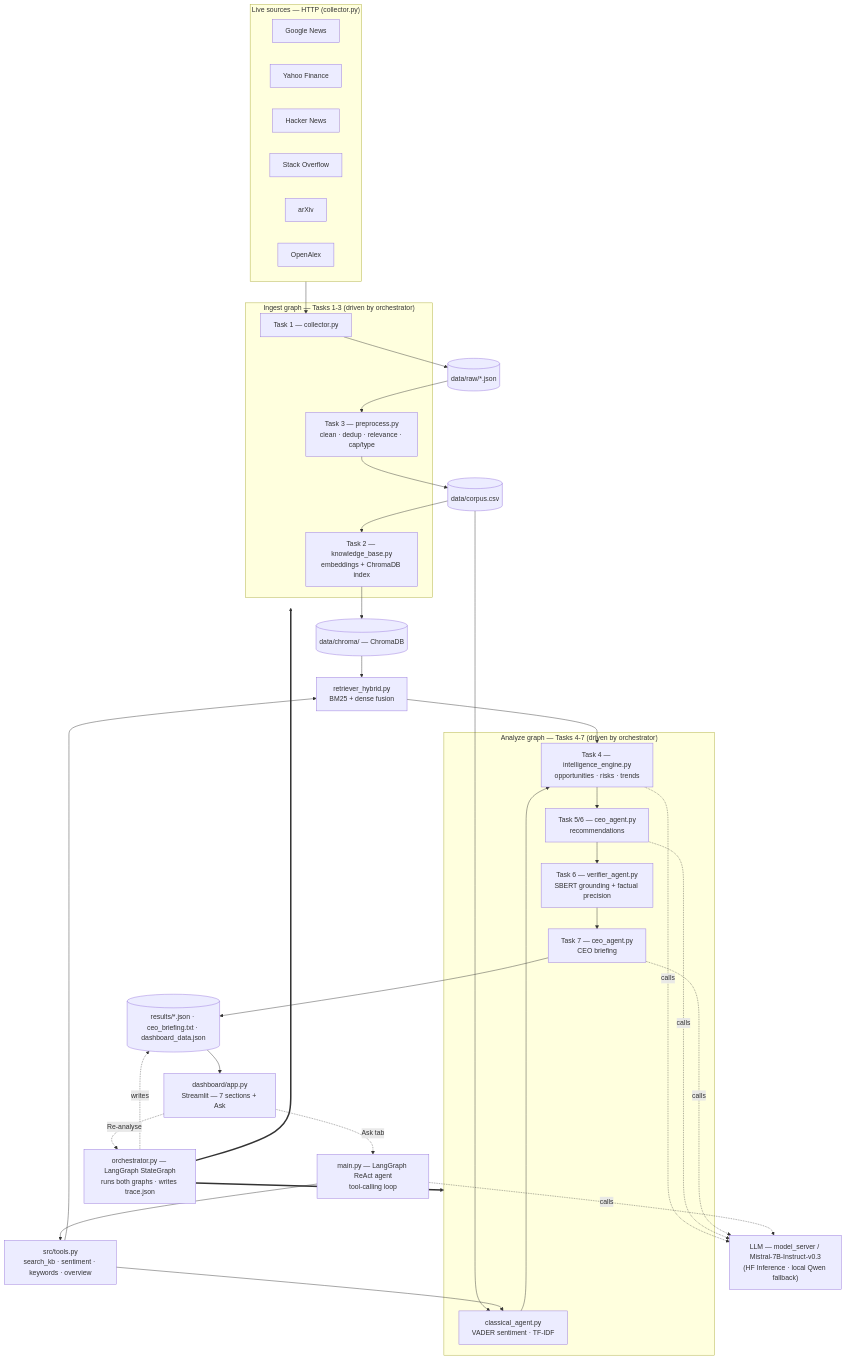
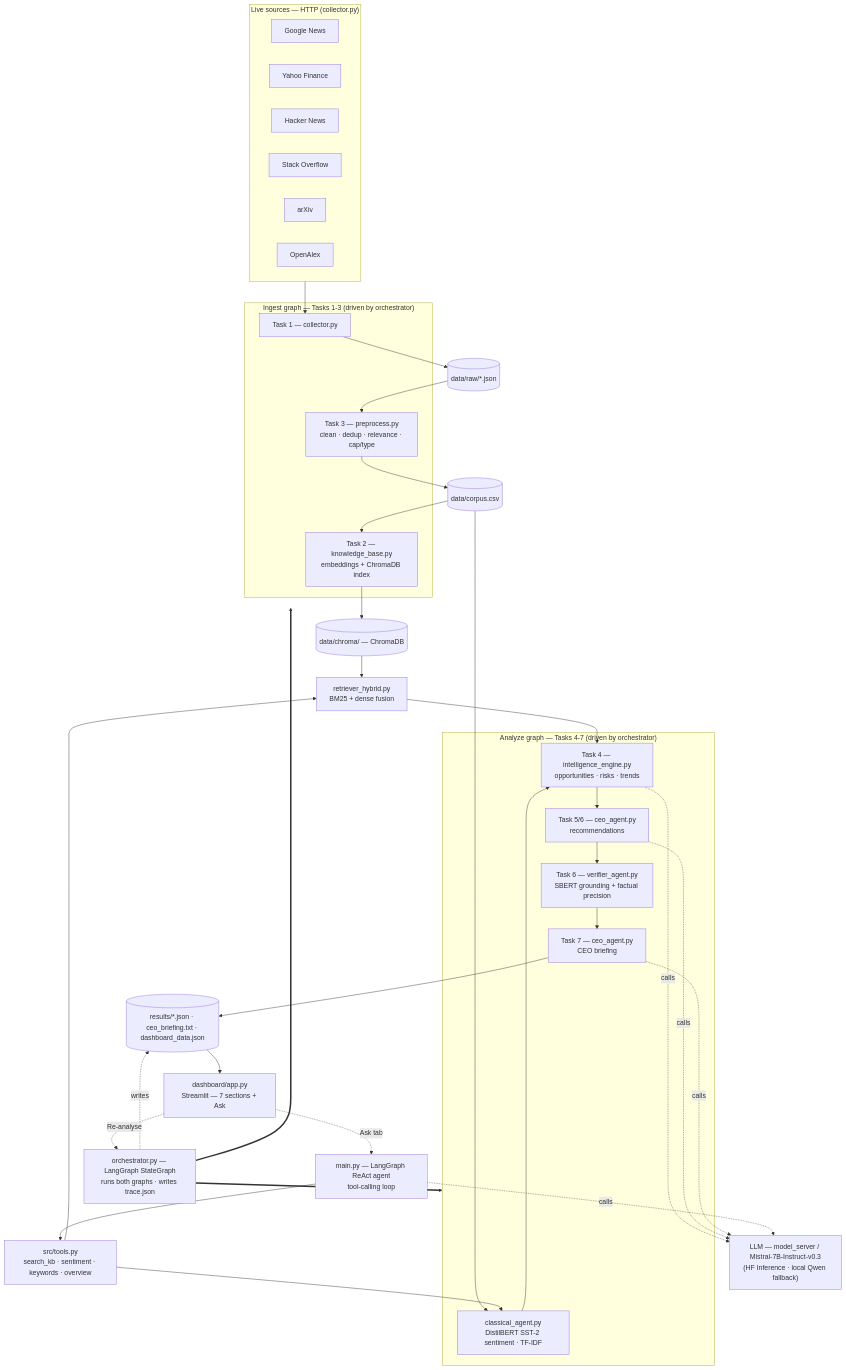
The diagram in README.md (mirb-404/NLP_Final_Exam), drawn with Mermaid before and after one commit. The commit also changed other lines of this file and 5 other files, not shown here.

Commit message:
- Remoed vader sentiment to utilize distellbert

````diff
--- a/README.md
+++ b/README.md
@@ -22,67 +22,67 @@
 ```mermaid
 flowchart TD
     %% ---------------- live sources ----------------
     subgraph SRC["Live sources — HTTP (collector.py)"]
         direction LR
         N[Google News]
         F[Yahoo Finance]
         H[Hacker News]
         S[Stack Overflow]
         A[arXiv]
         O[OpenAlex]
     end
 
     %% ---------------- ingest graph: Tasks 1-3 ----------------
     subgraph INGEST["Ingest graph — Tasks 1-3 (driven by orchestrator)"]
         COL["Task 1 — collector.py"]
         PRE["Task 3 — preprocess.py<br/>clean · dedup · relevance · cap/type"]
         IDX["Task 2 — knowledge_base.py<br/>embeddings + ChromaDB index"]
     end
 
     %% ---------------- analyze graph: Tasks 4-7 ----------------
     subgraph ANALYZE["Analyze graph — Tasks 4-7 (driven by orchestrator)"]
-        CL["classical_agent.py<br/>VADER sentiment · TF-IDF"]
+        CL["classical_agent.py<br/>DistilBERT SST-2 sentiment · TF-IDF"]
         IE["Task 4 — intelligence_engine.py<br/>opportunities · risks · trends"]
         REC["Task 5/6 — ceo_agent.py<br/>recommendations"]
         VER["Task 6 — verifier_agent.py<br/>SBERT grounding + factual precision"]
         BRIEF["Task 7 — ceo_agent.py<br/>CEO briefing"]
     end
 
     %% ---------------- artifacts + the rest ----------------
     RAW[("data/raw/*.json")]
     CORP[("data/corpus.csv")]
     CHROMA[("data/chroma/ — ChromaDB")]
     R["retriever_hybrid.py<br/>BM25 + dense fusion"]
     OUT[("results/*.json · ceo_briefing.txt · dashboard_data.json")]
     DASH["dashboard/app.py<br/>Streamlit — 7 sections + Ask"]
     ORCH["orchestrator.py — LangGraph StateGraph<br/>runs both graphs · writes trace.json"]
     AGENT["main.py — LangGraph ReAct agent<br/>tool-calling loop"]
     TOOLS["src/tools.py<br/>search_kb · sentiment · keywords · overview"]
     LLM["LLM — model_server / Mistral-7B-Instruct-v0.3<br/>(HF Inference · local Qwen fallback)"]
 
     %% ---------------- data spine ----------------
     SRC --> COL
     COL --> RAW --> PRE --> CORP
     CORP --> IDX --> CHROMA --> R
     CORP --> CL
     R --> IE
     CL --> IE --> REC --> VER --> BRIEF --> OUT --> DASH
 
     %% ---------------- orchestrator drives both graphs ----------------
     ORCH ==> INGEST
     ORCH ==> ANALYZE
     ORCH -. writes .-> OUT
 
     %% ---------------- interactive ReAct agent ----------------
     DASH -. Ask tab .-> AGENT
     DASH -. Re-analyse .-> ORCH
     AGENT --> TOOLS
     TOOLS --> R
     TOOLS --> CL
 
     %% ---------------- LLM calls ----------------
     IE -. calls .-> LLM
     REC -. calls .-> LLM
     BRIEF -. calls .-> LLM
     AGENT -. calls .-> LLM
 ```
````
